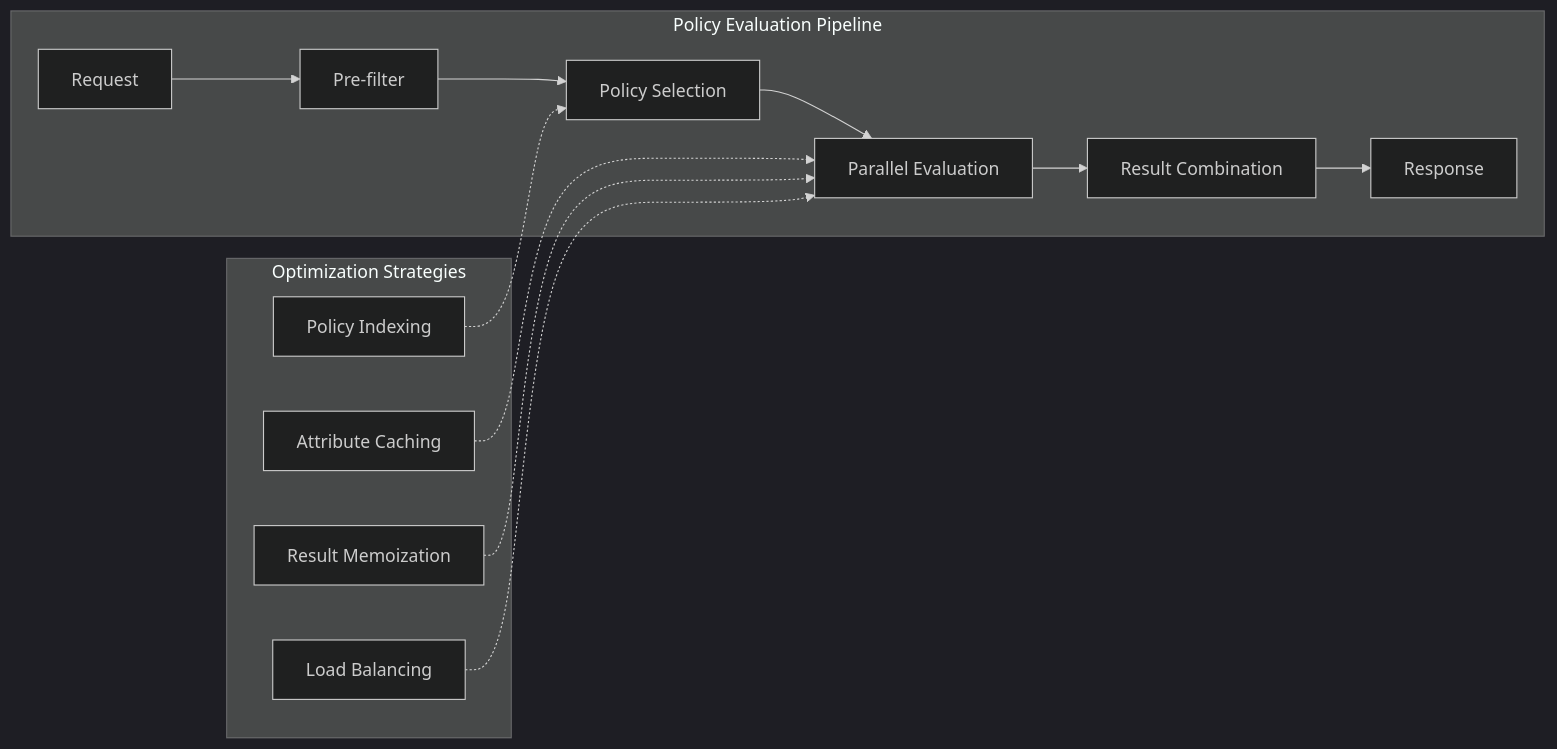
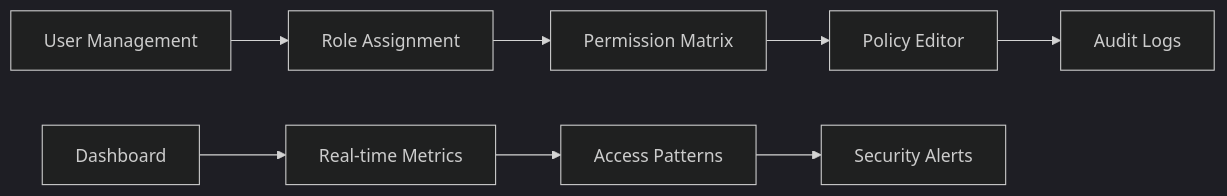
Before and after one commit to shayne007/blog: the second of 4 diagrams in source/_posts/Design-Privilege-Systems-RBAC-ABAC-Integration-Guide.md, drawn with Mermaid (dark theme). The commit also changed other lines of this file, not shown here.

```diff
--- a/source/_posts/Design-Privilege-Systems-RBAC-ABAC-Integration-Guide.md
+++ b/source/_posts/Design-Privilege-Systems-RBAC-ABAC-Integration-Guide.md
@@ -500,21 +91,10 @@
 {% mermaid graph LR %}
-    subgraph "Policy Evaluation Pipeline"
-        A[Request] --> B[Pre-filter]
-        B --> C[Policy Selection]
-        C --> D[Parallel Evaluation]
-        D --> E[Result Combination]
-        E --> F[Response]
-    end
+    A[User Management] --> B[Role Assignment]
+    B --> C[Permission Matrix]
+    C --> D[Policy Editor]
+    D --> E[Audit Logs]
     
-    subgraph "Optimization Strategies"
-        G[Policy Indexing]
-        H[Attribute Caching]
-        I[Result Memoization]
-        J[Load Balancing]
-    end
-    
-    G -.-> C
-    H -.-> D
-    I -.-> D
-    J -.-> D
+    F[Dashboard] --> G[Real-time Metrics]
+    G --> H[Access Patterns]
+    H --> I[Security Alerts]
 {% endmermaid %}
```
